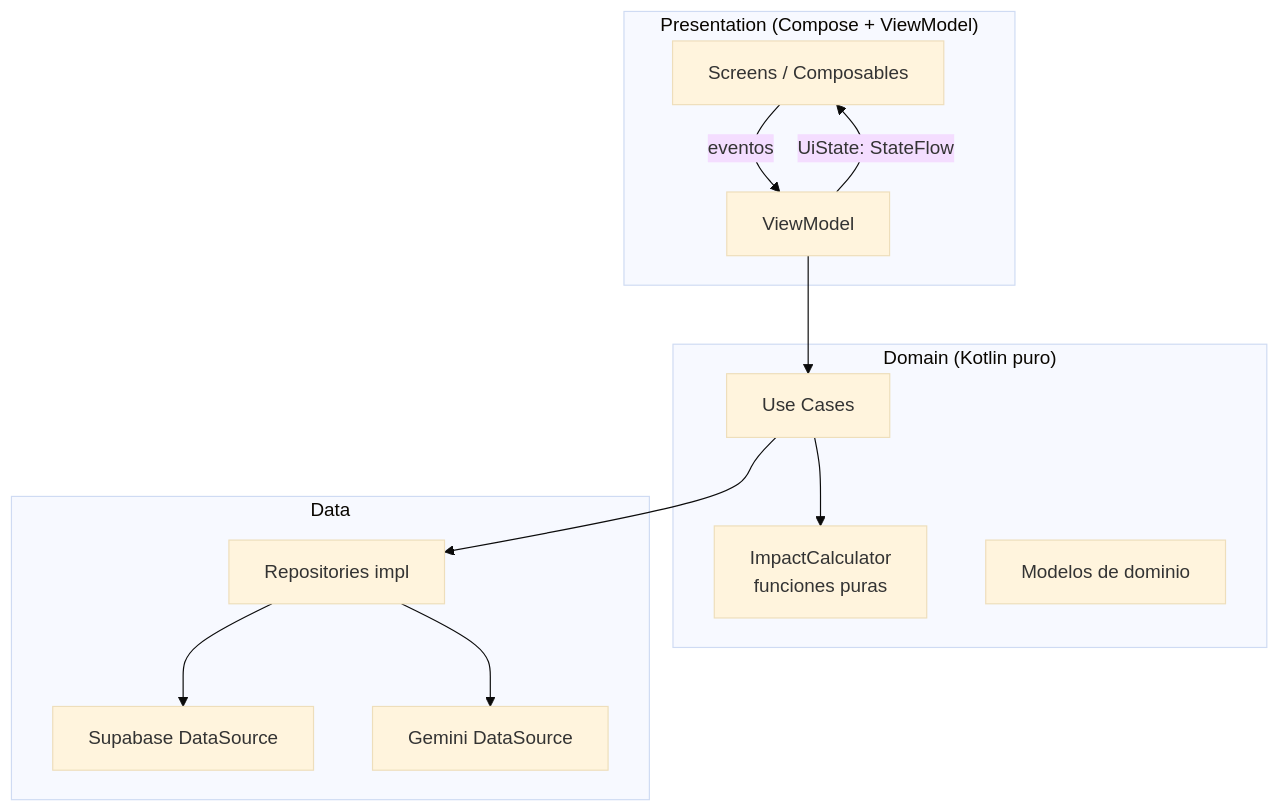
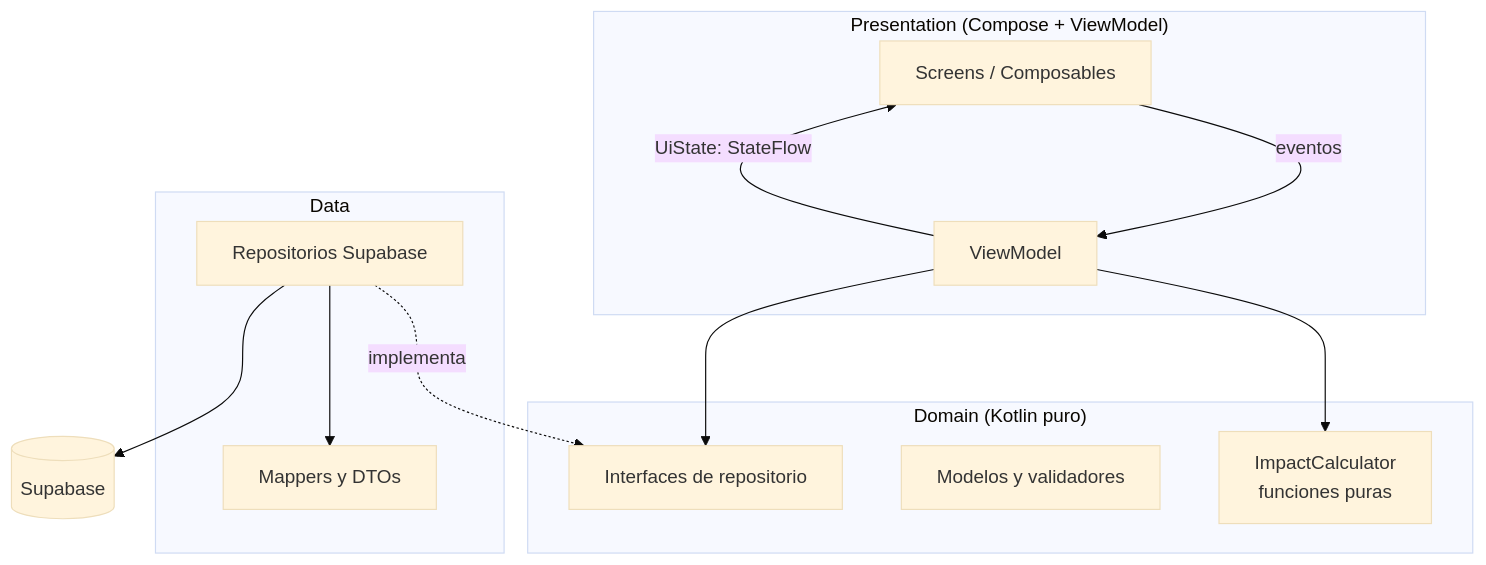
Before and after one commit to Gaburiiru/capricho: the fifth of 6 diagrams in README.md, drawn with Mermaid (base theme). The commit also changed other lines of this file and 15 other files, not shown here.

````diff
--- a/README.md
+++ b/README.md
@@ -278,22 +409,21 @@
 ```mermaid
 flowchart TB
     subgraph Presentation["Presentation (Compose + ViewModel)"]
         UI[Screens / Composables] -->|eventos| VM[ViewModel]
         VM -->|UiState: StateFlow| UI
     end
     subgraph Domain["Domain (Kotlin puro)"]
-        UC[Use Cases]
         CALC[ImpactCalculator<br/>funciones puras]
-        MODEL[Modelos de dominio]
+        MODEL[Modelos y validadores]
+        IFACE[Interfaces de repositorio]
     end
     subgraph Data["Data"]
-        REPO[Repositories impl]
-        SUPA[Supabase DataSource]
-        GEM[Gemini DataSource]
+        REPO[Repositorios Supabase]
+        MAP[Mappers y DTOs]
     end
-    VM --> UC
-    UC --> CALC
-    UC --> REPO
-    REPO --> SUPA
-    REPO --> GEM
+    VM --> CALC
+    VM --> IFACE
+    REPO -.implementa.-> IFACE
+    REPO --> MAP
+    REPO --> SUPA[(Supabase)]
 ```
````
